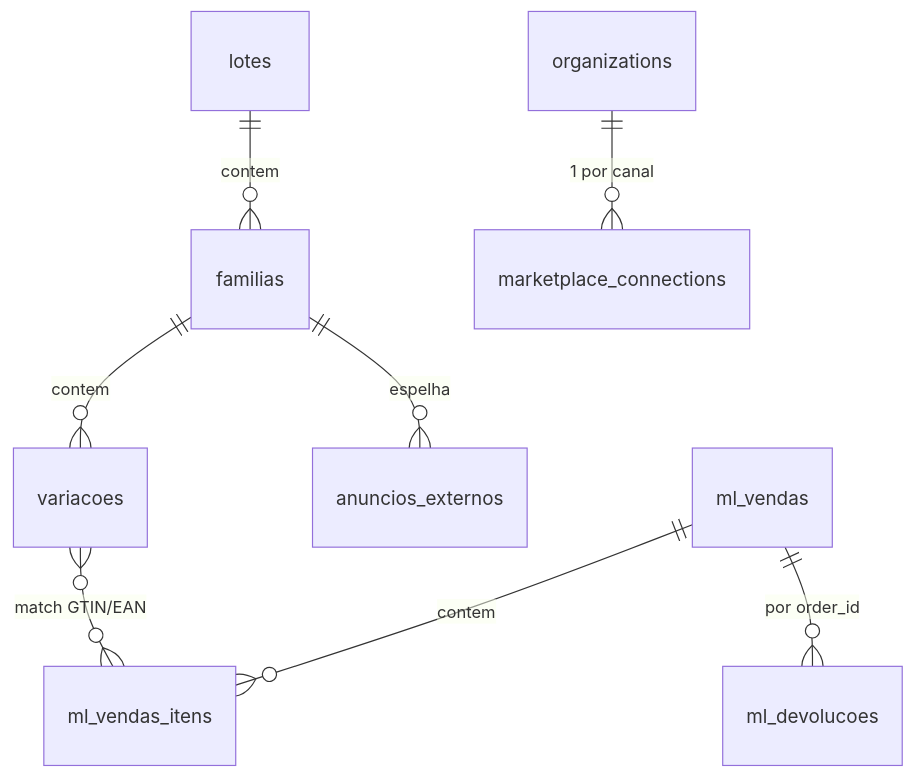
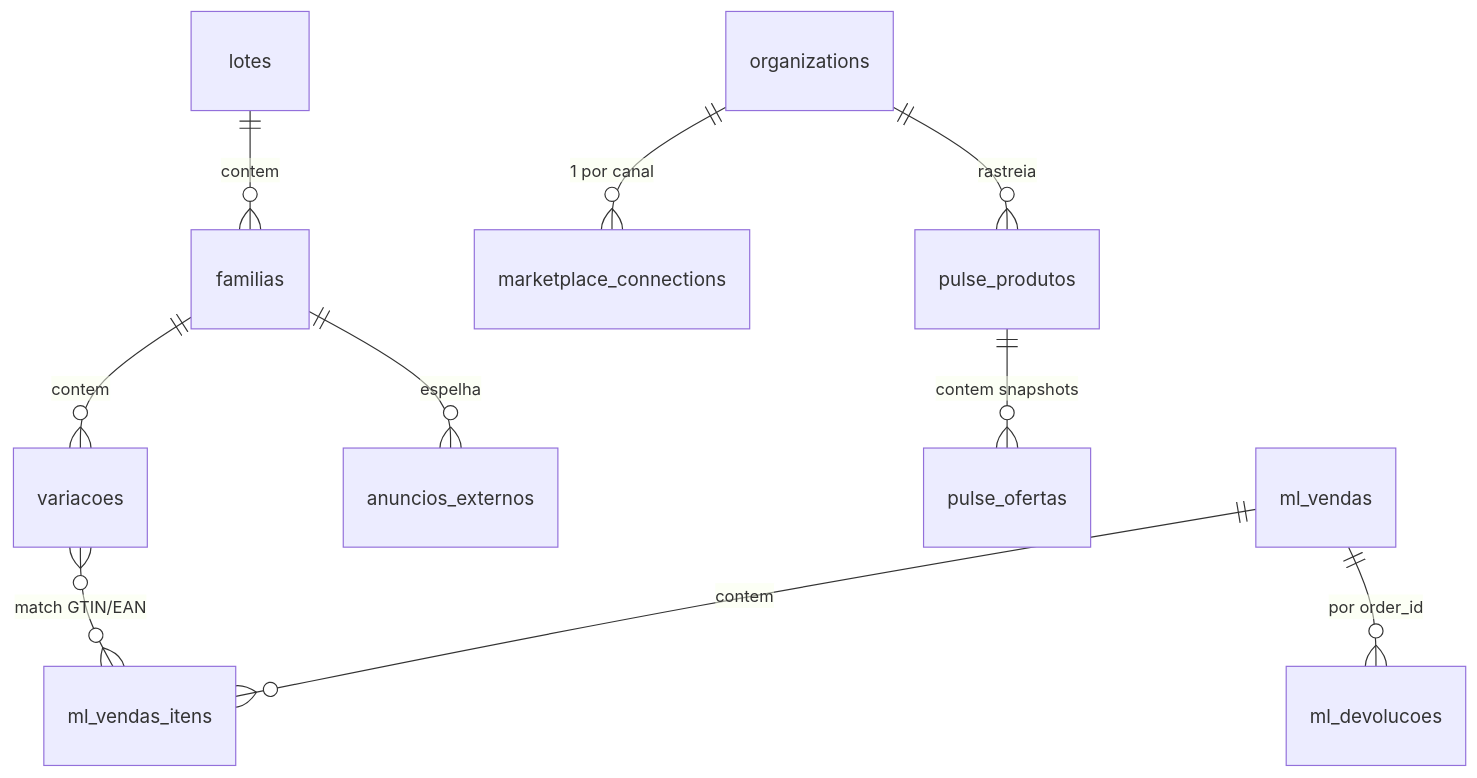
Before and after one commit to analistasistemas-bit/gtinmktplace: the diagram in obsidian-vault/01-Arquitetura/Banco de Dados.md, drawn with Mermaid. The commit also changed other lines of this file and 58 other files, not shown here.

First line of the commit message:
docs: varredura geral e atualizacao do graphify, obsidian vault e archify

````diff
--- a/obsidian-vault/01-Arquitetura/Banco de Dados.md
+++ b/obsidian-vault/01-Arquitetura/Banco de Dados.md
@@ -22,10 +22,12 @@
 ```mermaid
 erDiagram
     lotes ||--o{ familias : contem
     familias ||--o{ variacoes : contem
     familias ||--o{ anuncios_externos : espelha
     organizations ||--o{ marketplace_connections : "1 por canal"
+    organizations ||--o{ pulse_produtos : "rastreia"
+    pulse_produtos ||--o{ pulse_ofertas : "contem snapshots"
     ml_vendas ||--o{ ml_vendas_itens : contem
     ml_vendas ||--o{ ml_devolucoes : "por order_id"
     variacoes }o--o{ ml_vendas_itens : "match GTIN/EAN"
 ```
````
